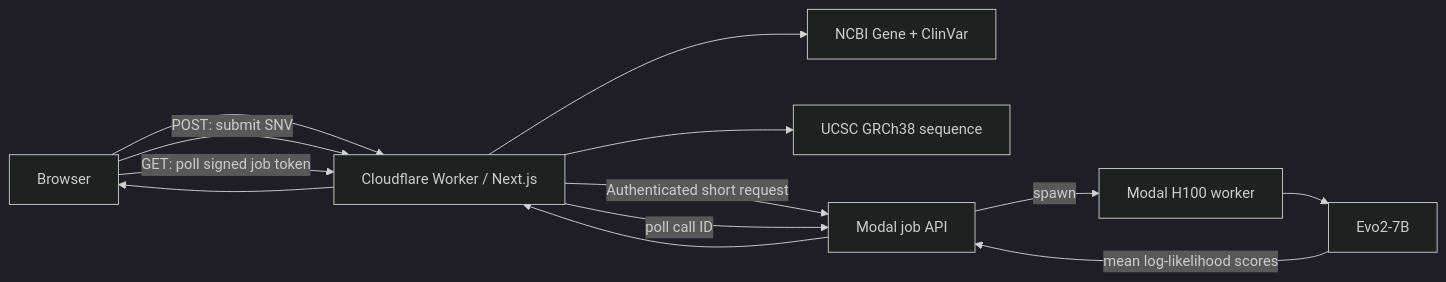
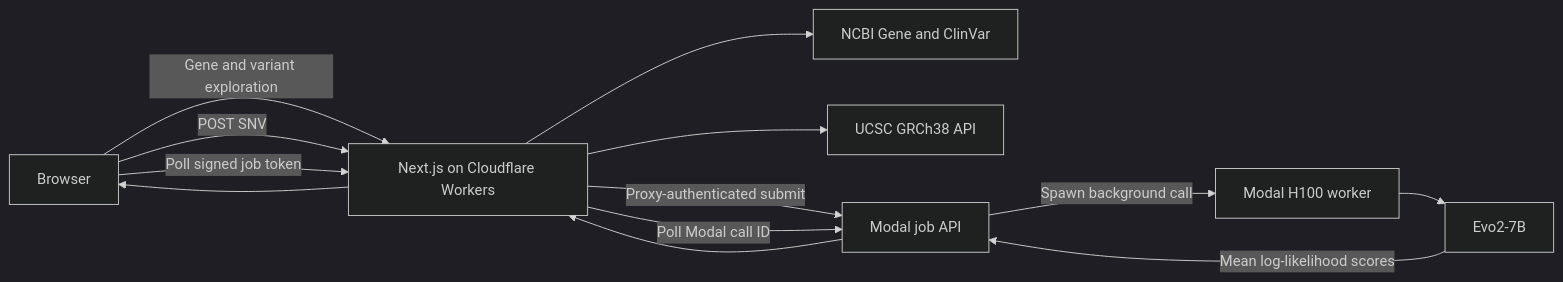
Before and after one commit to JarvisZhang24/GeneLM-Evo2: the diagram in README.md, drawn with Mermaid (dark theme). The commit also changed other lines of this file and 2 other files, not shown here.

````diff
--- a/README.md
+++ b/README.md
@@ -50,15 +96,15 @@
 ```mermaid
 flowchart LR
-    U["Browser"] --> W["Cloudflare Worker / Next.js"]
-    W --> N["NCBI Gene + ClinVar"]
-    W --> C["UCSC GRCh38 sequence"]
-    U -->|"POST: submit SNV"| W
-    W -->|"Authenticated short request"| Q["Modal job API"]
-    Q -->|"spawn"| M["Modal H100 worker"]
-    M --> E["Evo2-7B"]
-    U -->|"GET: poll signed job token"| W
-    W -->|"poll call ID"| Q
-    E -->|"mean log-likelihood scores"| Q
+    U["Browser"] -->|"Gene and variant exploration"| W["Next.js on Cloudflare Workers"]
+    W --> N["NCBI Gene and ClinVar"]
+    W --> C["UCSC GRCh38 API"]
+    U -->|"POST SNV"| W
+    W -->|"Proxy-authenticated submit"| Q["Modal job API"]
+    Q -->|"Spawn background call"| H["Modal H100 worker"]
+    H --> E["Evo2-7B"]
+    U -->|"Poll signed job token"| W
+    W -->|"Poll Modal call ID"| Q
+    E -->|"Mean log-likelihood scores"| Q
     Q --> W
     W --> U
 ```
````
